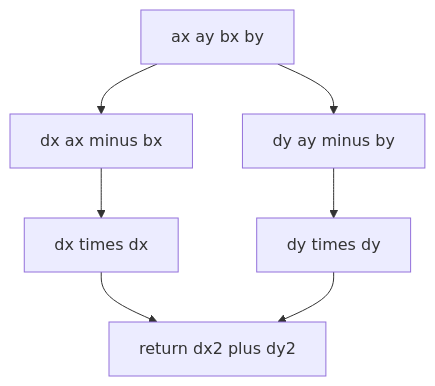
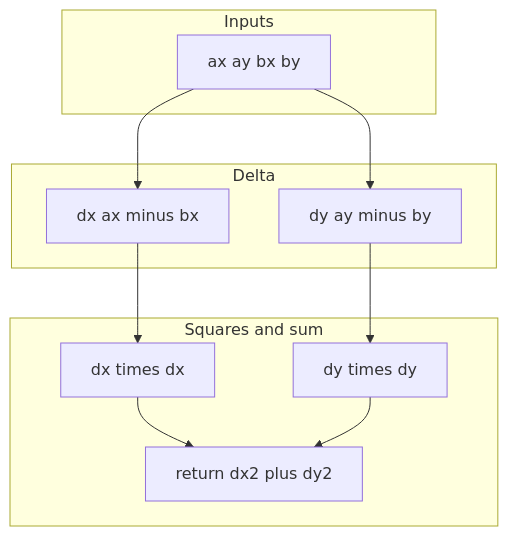
One commit to Gh0st352/AETHR changed the first of 6 diagrams in docs/math/vectors.md. Above: the diagram before and after it, drawn with Mermaid. The commit also changed other lines of this file and 5 other files, not shown here.

First line of the commit message:
docs: normalize headings and enhance Mermaid diagrams in math README

````diff
--- a/docs/math/vectors.md
+++ b/docs/math/vectors.md
@@ -18,9 +18,25 @@
 ```mermaid
+%% shared theme: docs/_mermaid/theme.json %%
 flowchart TD
-  IN[ax ay bx by] --> DX[dx ax minus bx]
-  IN --> DY[dy ay minus by]
-  DX --> SQ[dx times dx]
-  DY --> SQY[dy times dy]
-  SQ --> SUM[return dx2 plus dy2]
+  subgraph "Inputs"
+    IN[ax ay bx by]
+  end
+  subgraph "Delta"
+    DX[dx ax minus bx]
+    DY[dy ay minus by]
+  end
+  subgraph "Squares and sum"
+    SQ[dx times dx]
+    SQY[dy times dy]
+    SUM[return dx2 plus dy2]
+  end
+  IN --> DX
+  IN --> DY
+  DX --> SQ
+  DY --> SQY
+  SQ --> SUM
   SQY --> SUM
+  class IN class_io;
+  class DX,DY,SQ,SQY class_compute;
+  class SUM class_result;
 ```
````
